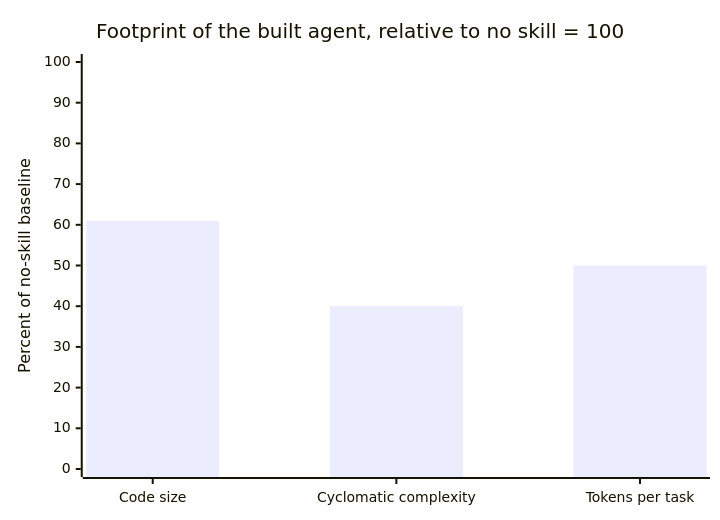
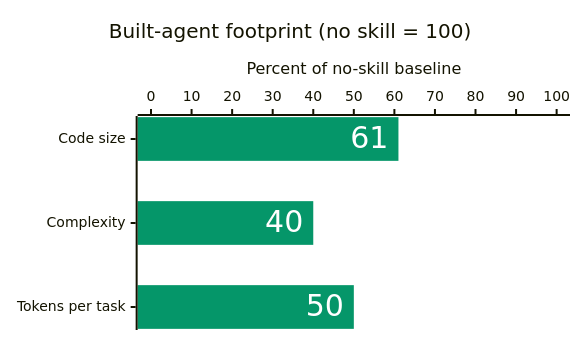
Before and after one commit to shijiew/back-to-basics-skills: the second of 2 diagrams in README.md, drawn with Mermaid. The commit also changed other lines of this file and 1 other file, not shown here.

Commit message:
Enhance README charts: data labels, accent colors, tighter layout
Add white data labels and a single accent color per chart, shrink chart
dimensions, and switch the footprint chart to horizontal bars so the
short numeric labels render at a readable size. English and Chinese
READMEs stay in parity.

````diff
--- a/README.md
+++ b/README.md
@@ -47,7 +58,19 @@
 ```mermaid
+---
+config:
+    xyChart:
+        width: 560
+        height: 320
+        chartOrientation: horizontal
+        showDataLabel: true
+    themeVariables:
+        xyChart:
+            plotColorPalette: "#059669"
+            dataLabelColor: "#ffffff"
+---
 xychart-beta
-    title "Footprint of the built agent, relative to no skill = 100"
-    x-axis ["Code size", "Cyclomatic complexity", "Tokens per task"]
+    title "Built-agent footprint (no skill = 100)"
+    x-axis ["Code size", "Complexity", "Tokens per task"]
     y-axis "Percent of no-skill baseline" 0 --> 100
     bar [61, 40, 50]
 ```
````
